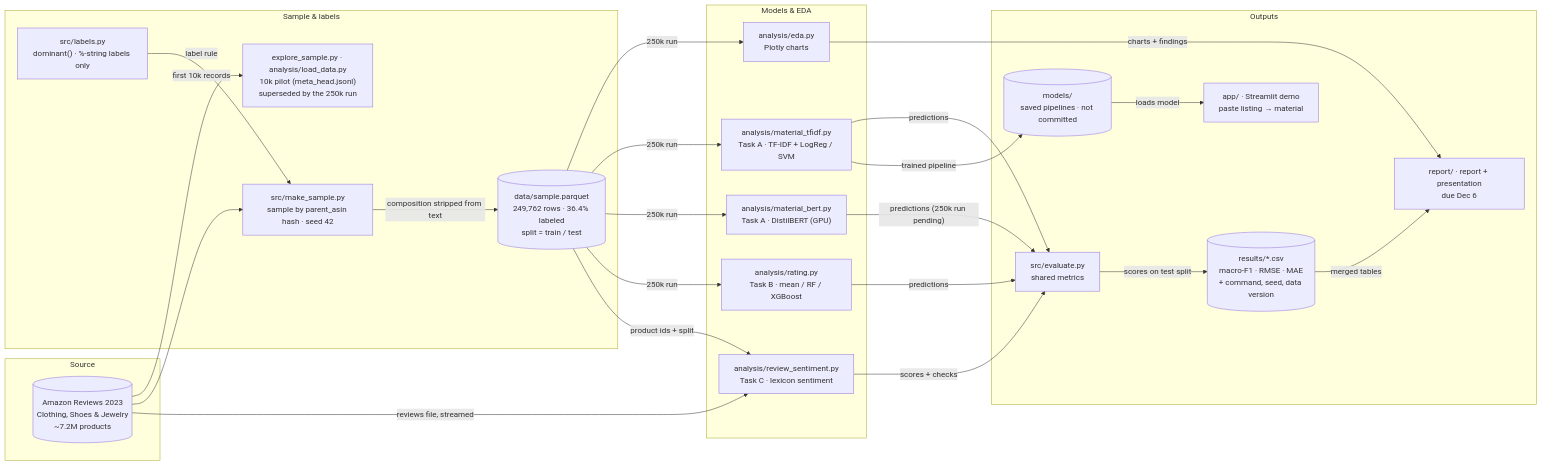
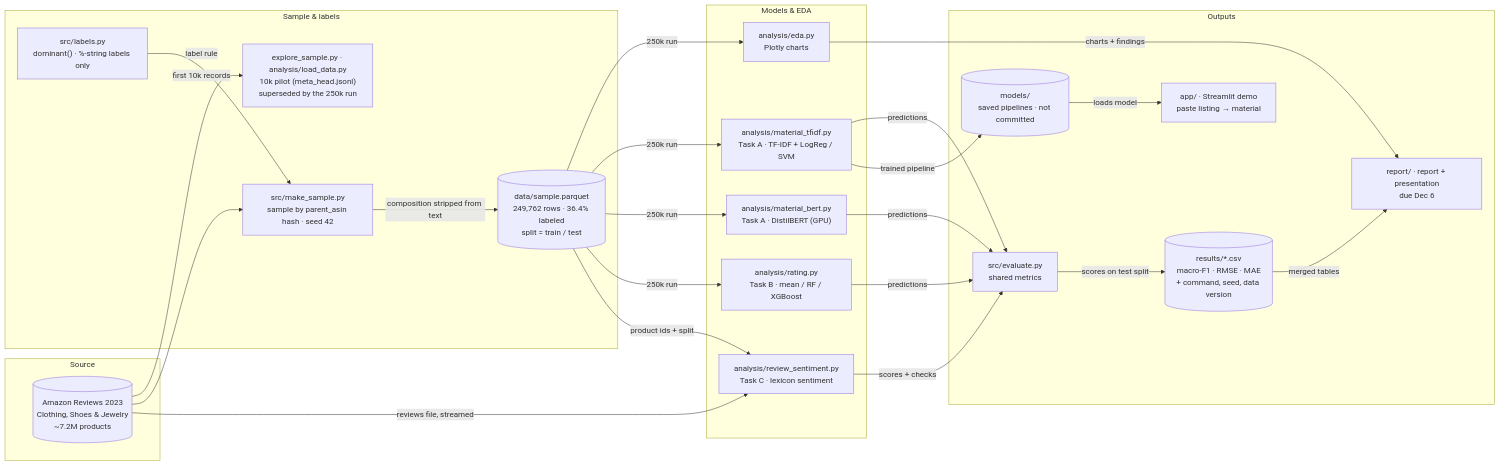
One commit to johnha912/amazon-clothing-material changed the diagram in report/assets/project-pipeline.mmd. Above: the diagram before and after it, drawn with Mermaid. The commit also changed 17 other files, not shown here.

```diff
--- a/report/assets/project-pipeline.mmd
+++ b/report/assets/project-pipeline.mmd
@@ -1,47 +1,47 @@
 flowchart LR
     subgraph S0["Source"]
         hf[("Amazon Reviews 2023<br/>Clothing, Shoes & Jewelry<br/>~7.2M products")]
     end
 
     subgraph S1["Sample & labels"]
         pilot["explore_sample.py · analysis/load_data.py<br/>10k pilot (meta_head.jsonl)<br/>superseded by the 250k run"]
         labels["src/labels.py<br/>dominant() · %-string labels only"]
         makesample["src/make_sample.py<br/>sample by parent_asin hash · seed 42"]
         sample[("data/sample.parquet<br/>249,762 rows · 36.4% labeled<br/>split = train / test")]
     end
 
     subgraph S2["Models & EDA"]
         eda["analysis/eda.py<br/>Plotly charts"]
         tfidf["analysis/material_tfidf.py<br/>Task A · TF-IDF + LogReg / SVM"]
         bert["analysis/material_bert.py<br/>Task A · DistilBERT (GPU)"]
         rating["analysis/rating.py<br/>Task B · mean / RF / XGBoost"]
         sent["analysis/review_sentiment.py<br/>Task C · lexicon sentiment"]
     end
 
     subgraph S3["Outputs"]
         evaluate["src/evaluate.py<br/>shared metrics"]
         results[("results/*.csv<br/>macro-F1 · RMSE · MAE<br/>+ command, seed, data version")]
         model[("models/<br/>saved pipelines · not committed")]
         app["app/ · Streamlit demo<br/>paste listing → material"]
         report["report/ · report + presentation<br/>due Dec 6"]
     end
 
     hf -- "first 10k records" --> pilot
     hf --> makesample
     labels -- "label rule" --> makesample
     makesample -- "composition stripped from text" --> sample
     sample -- "250k run" --> eda
     sample -- "250k run" --> tfidf
     sample -- "250k run" --> bert
     sample -- "250k run" --> rating
     hf -- "reviews file, streamed" --> sent
     sample -- "product ids + split" --> sent
     tfidf -- "predictions" --> evaluate
-    bert -- "predictions (250k run pending)" --> evaluate
+    bert -- "predictions" --> evaluate
     rating -- "predictions" --> evaluate
     sent -- "scores + checks" --> evaluate
     evaluate -- "scores on test split" --> results
     tfidf -- "trained pipeline" --> model
     model -- "loads model" --> app
     eda -- "charts + findings" --> report
     results -- "merged tables" --> report
```
